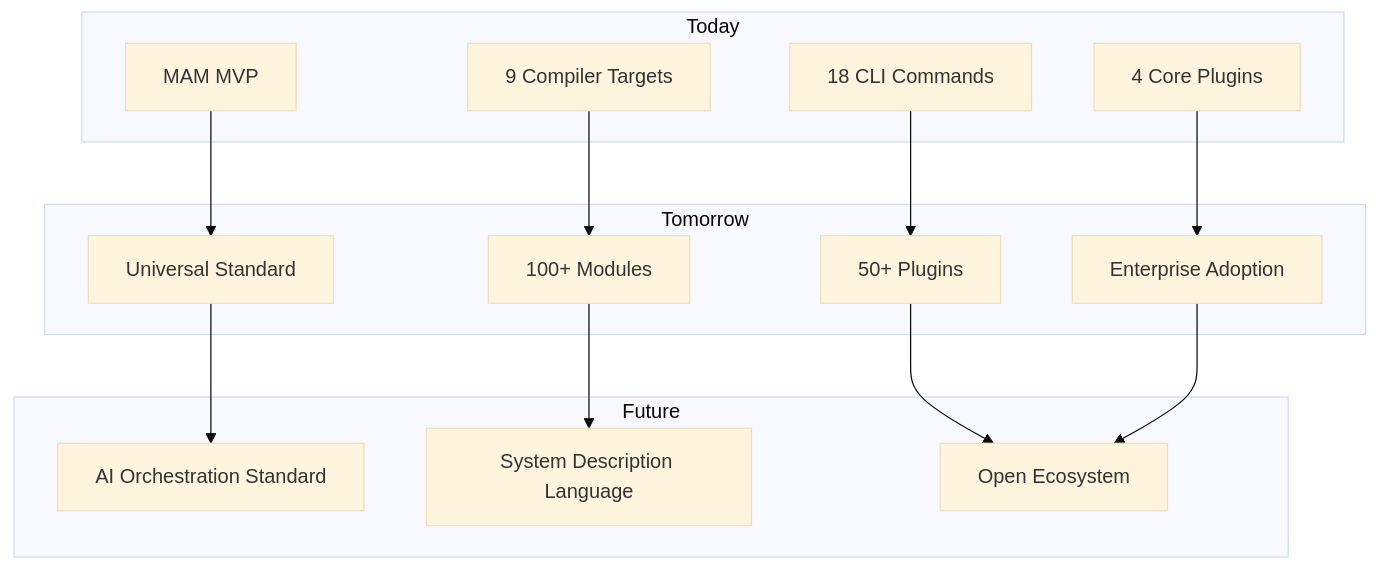
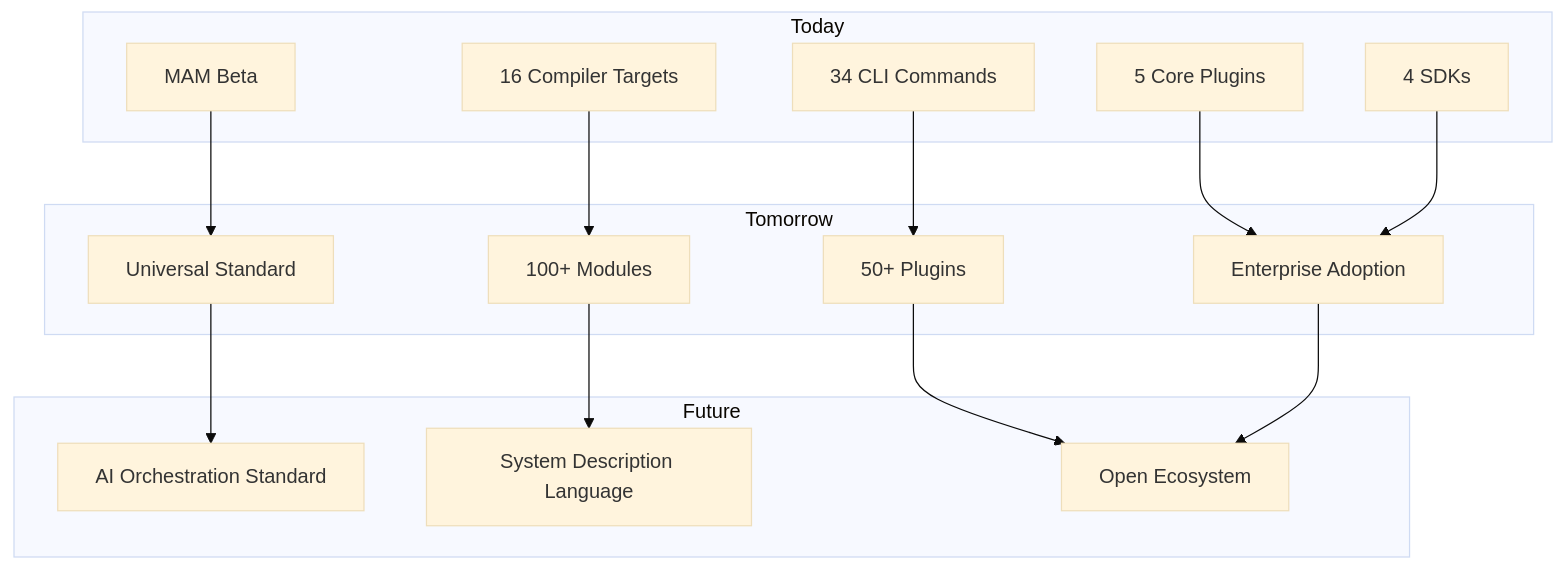
One commit to tcp-ecosystem/MAM changed the eighth of 8 diagrams in MAM.md. Above: the diagram before and after it, drawn with Mermaid (base theme). The commit also changed other lines of this file and 232 other files, not shown here.

````diff
--- a/MAM.md
+++ b/MAM.md
@@ -455,32 +458,34 @@
 ```mermaid
 graph TB
     subgraph "Today"
-        A[MAM MVP]
-        B[9 Compiler Targets]
-        C[18 CLI Commands]
-        D[4 Core Plugins]
+        A[MAM Beta]
+        B[16 Compiler Targets]
+        C[34 CLI Commands]
+        D[5 Core Plugins]
+        E[4 SDKs]
     end
     
     subgraph "Tomorrow"
-        E[Universal Standard]
-        F[100+ Modules]
-        G[50+ Plugins]
-        H[Enterprise Adoption]
+        F[Universal Standard]
+        G[100+ Modules]
+        H[50+ Plugins]
+        I[Enterprise Adoption]
     end
     
     subgraph "Future"
-        I[AI Orchestration Standard]
-        J[System Description Language]
-        K[Open Ecosystem]
+        J[AI Orchestration Standard]
+        K[System Description Language]
+        L[Open Ecosystem]
     end
     
-    A --> E
-    B --> F
-    C --> G
-    D --> H
+    A --> F
+    B --> G
+    C --> H
+    D --> I
+    E --> I
     
-    E --> I
     F --> J
     G --> K
-    H --> K
+    H --> L
+    I --> L
 ```
````
